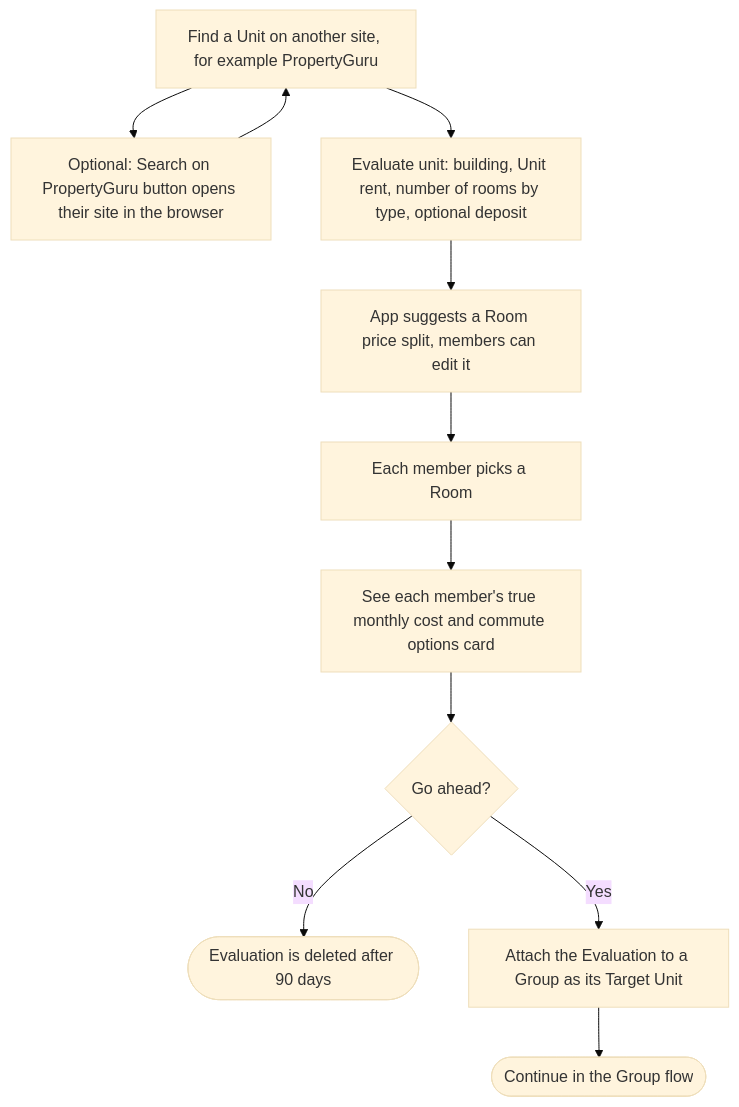
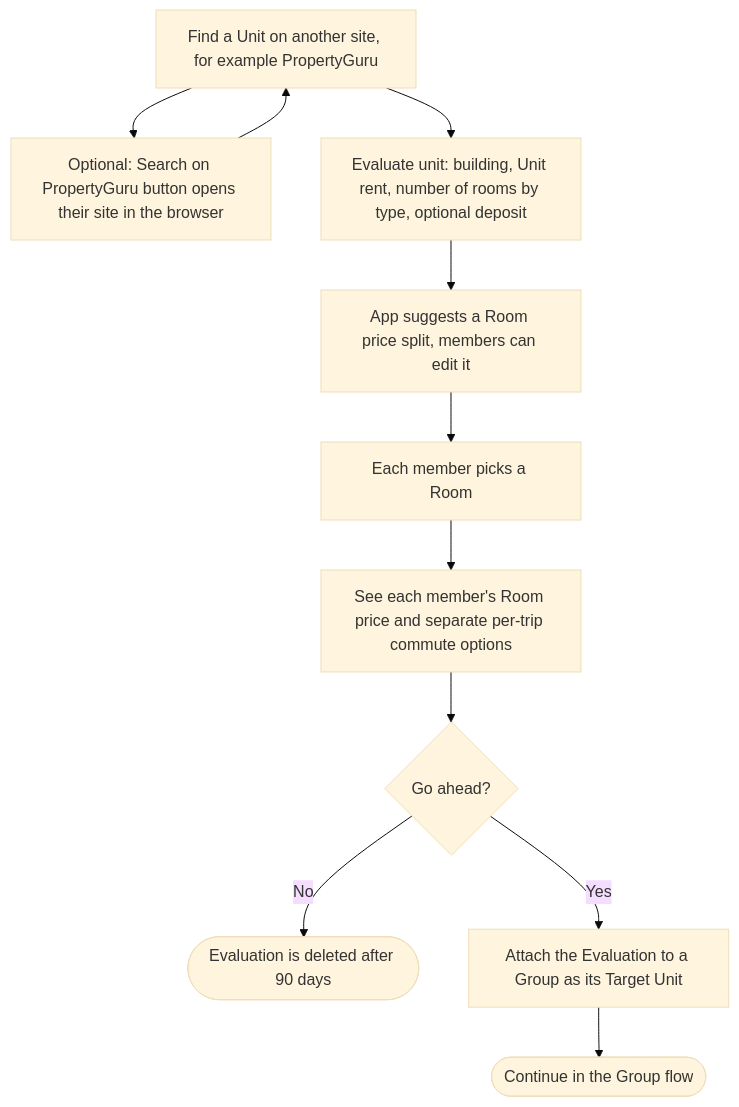
The fifth of 8 diagrams in docs/product/USER-FLOW.md (abqaryne/jiran), drawn with Mermaid (base theme) before and after one commit. The commit also changed other lines of this file and 54 other files, not shown here.

````diff
--- a/docs/product/USER-FLOW.md
+++ b/docs/product/USER-FLOW.md
@@ -101,13 +113,13 @@
 ```mermaid
 flowchart TD
     A["Find a Unit on another site, for example PropertyGuru"] --> B["Optional: Search on PropertyGuru button opens their site in the browser"]
     B --> A
     A --> C["Evaluate unit: building, Unit rent, number of rooms by type, optional deposit"]
     C --> D["App suggests a Room price split, members can edit it"]
     D --> E["Each member picks a Room"]
-    E --> F["See each member's true monthly cost and commute options card"]
+    E --> F["See each member's Room price and separate per-trip commute options"]
     F --> G{"Go ahead?"}
     G -- "No" --> H(["Evaluation is deleted after 90 days"])
     G -- "Yes" --> I["Attach the Evaluation to a Group as its Target Unit"]
     I --> J(["Continue in the Group flow"])
 ```
````
